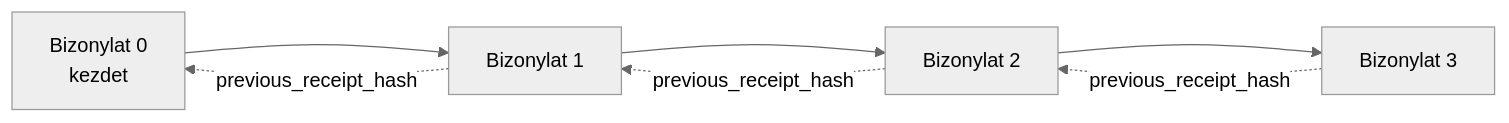
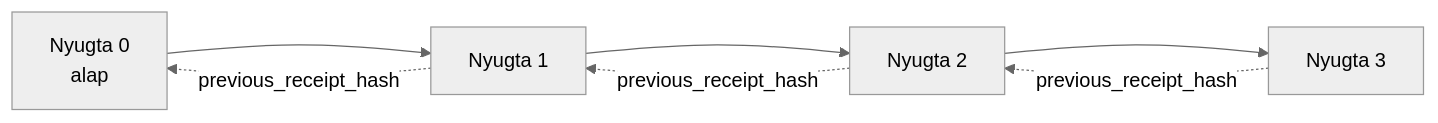
One commit to microsoft/ai-agents-for-beginners changed the second of 2 diagrams in translations/hu/18-securing-ai-agents/README.md. Above: the diagram before and after it, drawn with Mermaid (neutral theme). The commit also changed other lines of this file and 47 other files, not shown here.

````diff
--- a/translations/hu/18-securing-ai-agents/README.md
+++ b/translations/hu/18-securing-ai-agents/README.md
@@ -206,9 +203,9 @@
 ```mermaid
 flowchart LR
-    R0[Bizonylat 0<br/>kezdet] --> R1[Bizonylat 1]
-    R1 --> R2[Bizonylat 2]
-    R2 --> R3[Bizonylat 3]
+    R0[Nyugta 0<br/>alap] --> R1[Nyugta 1]
+    R1 --> R2[Nyugta 2]
+    R2 --> R3[Nyugta 3]
     R1 -. previous_receipt_hash .-> R0
     R2 -. previous_receipt_hash .-> R1
     R3 -. previous_receipt_hash .-> R2
 ```
````
